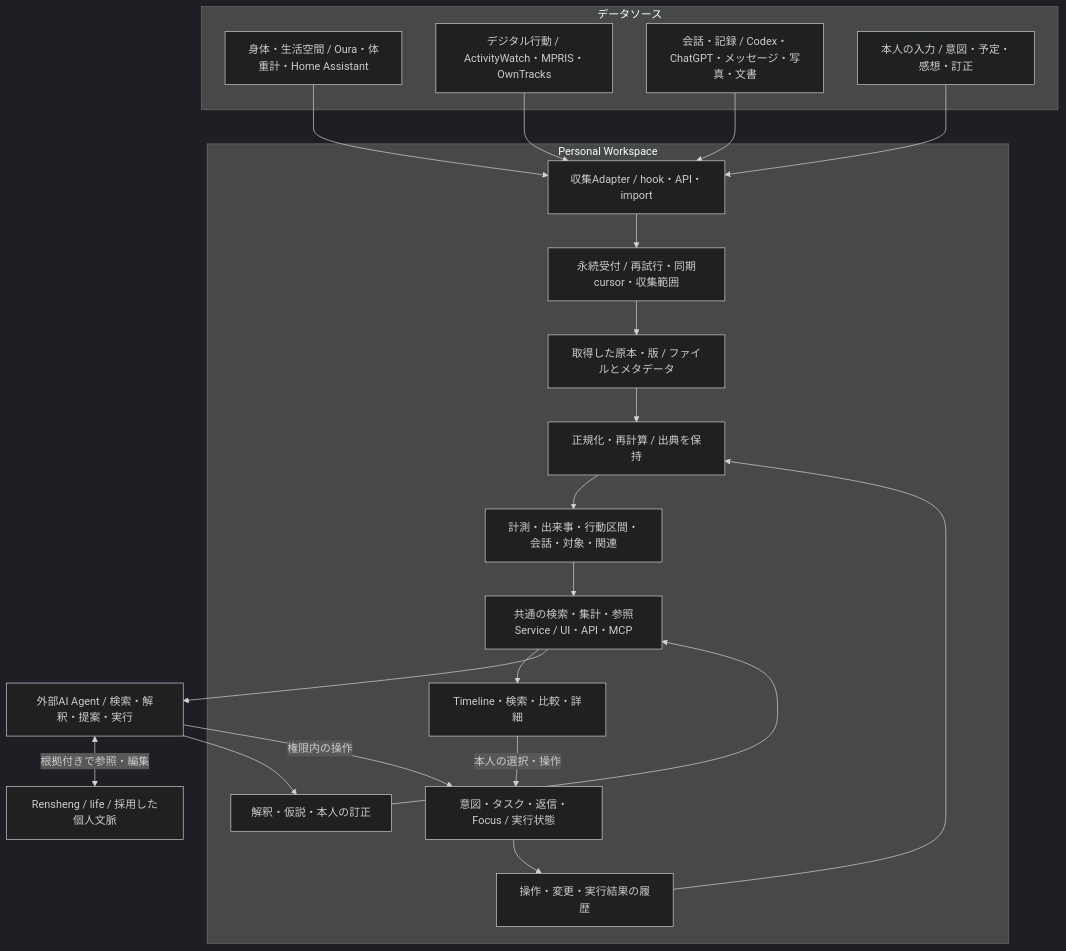
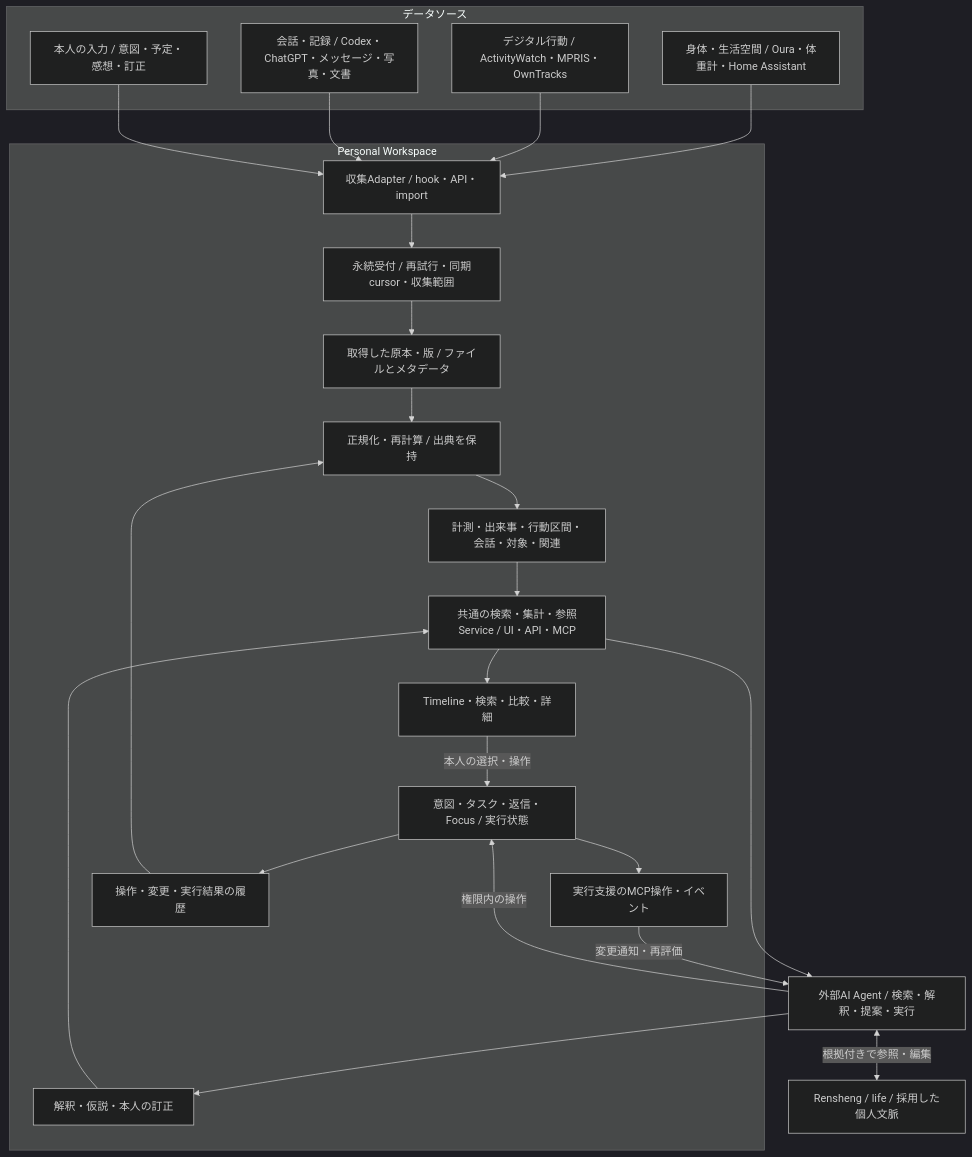
One commit to yutakobayashidev/ori changed the third of 4 diagrams in docs/architecture.md. Above: the diagram before and after it, drawn with Mermaid (dark theme). The commit also changed other lines of this file and 3 other files, not shown here.

````diff
--- a/docs/architecture.md
+++ b/docs/architecture.md
@@ -34,34 +56,37 @@
 ```mermaid
 flowchart TB
   subgraph Sources["データソース"]
     S1["身体・生活空間 / Oura・体重計・Home Assistant"]
     S2["デジタル行動 / ActivityWatch・MPRIS・OwnTracks"]
     S3["会話・記録 / Codex・ChatGPT・メッセージ・写真・文書"]
     S4["本人の入力 / 意図・予定・感想・訂正"]
   end
   subgraph Workspace["Personal Workspace"]
     Ingest["収集Adapter / hook・API・import"]
     Receipt["永続受付 / 再試行・同期cursor・収集範囲"]
     Raw["取得した原本・版 / ファイルとメタデータ"]
     Project["正規化・再計算 / 出典を保持"]
     Models["計測・出来事・行動区間・会話・対象・関連"]
     Notes["解釈・仮説・本人の訂正"]
     Service["共通の検索・集計・参照Service / UI・API・MCP"]
     View["Timeline・検索・比較・詳細"]
     Execute["意図・タスク・返信・Focus / 実行状態"]
+    Events["実行支援のMCP操作・イベント"]
     Audit["操作・変更・実行結果の履歴"]
     Ingest --> Receipt --> Raw --> Project --> Models
     Models --> Service
     Notes --> Service
     Service --> View
     Execute --> Audit --> Project
+    Execute --> Events
   end
   S1 & S2 & S3 & S4 --> Ingest
   Agent["外部AI Agent / 検索・解釈・提案・実行"]
   Life["Rensheng / life / 採用した個人文脈"]
   Service --> Agent
   Agent --> Notes
   Agent -->|"権限内の操作"| Execute
+  Events -->|"変更通知・再評価"| Agent
   Agent <-->|"根拠付きで参照・編集"| Life
   View -->|"本人の選択・操作"| Execute
 ```
````
